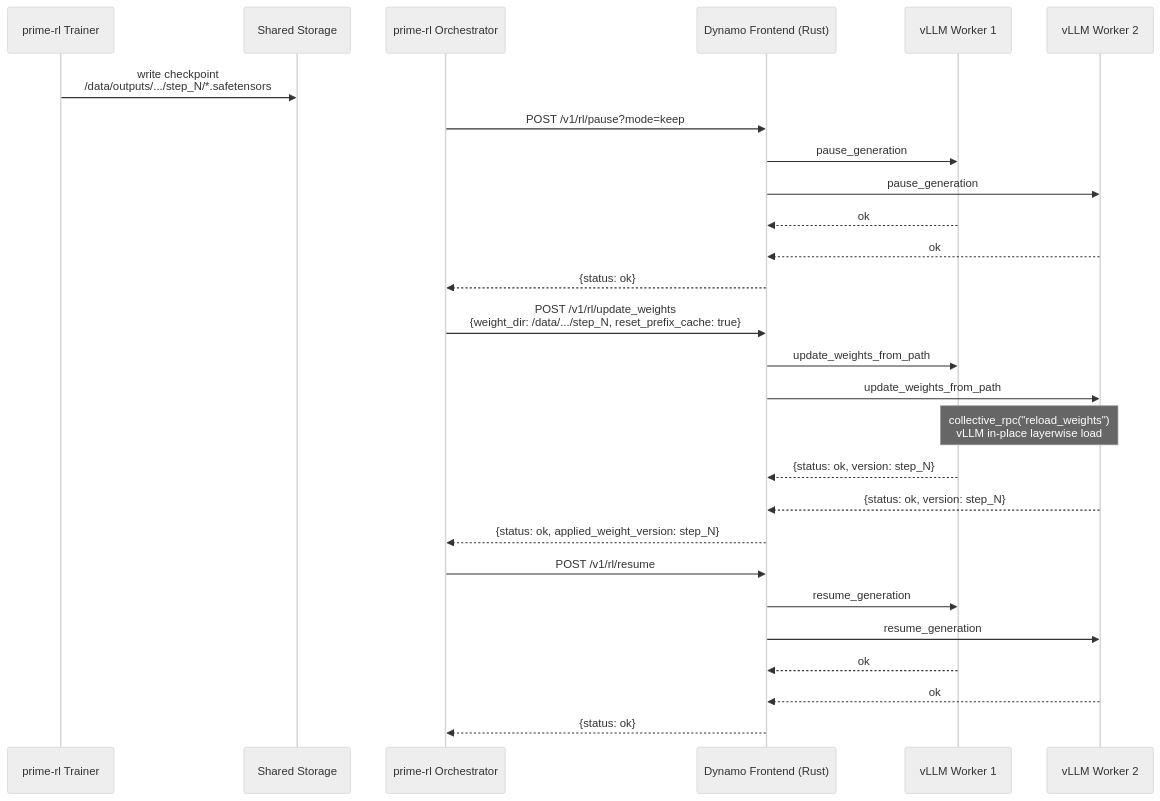
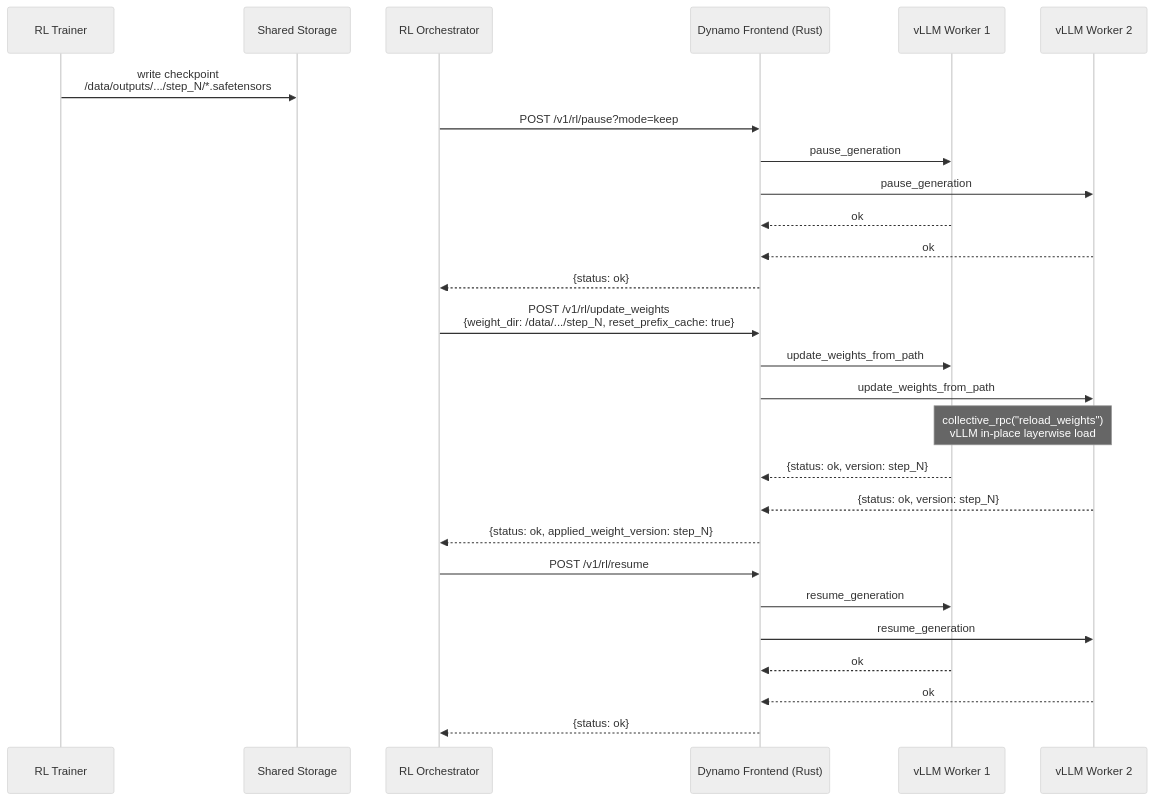
The third of 4 diagrams in docs/dynamo-RL-api.md (ai-dynamo/dynamo), drawn with Mermaid (neutral theme) before and after one commit. The commit also changed other lines of this file and 6 other files, not shown here.

````diff
--- a/docs/dynamo-RL-api.md
+++ b/docs/dynamo-RL-api.md
@@ -426,30 +425,30 @@
 ```mermaid
 sequenceDiagram
-    participant Trainer as prime-rl Trainer
+    participant Trainer as RL Trainer
     participant PVC as Shared Storage
-    participant Orch as prime-rl Orchestrator
+    participant Orch as RL Orchestrator
     participant FE as Dynamo Frontend (Rust)
     participant W1 as vLLM Worker 1
     participant W2 as vLLM Worker 2
 
     Trainer->>PVC: write checkpoint<br/>/data/outputs/.../step_N/*.safetensors
     Orch->>FE: POST /v1/rl/pause?mode=keep
     FE->>W1: pause_generation
     FE->>W2: pause_generation
     W1-->>FE: ok
     W2-->>FE: ok
     FE-->>Orch: {status: ok}
     Orch->>FE: POST /v1/rl/update_weights<br/>{weight_dir: /data/.../step_N, reset_prefix_cache: true}
     FE->>W1: update_weights_from_path
     FE->>W2: update_weights_from_path
     Note over W1,W2: collective_rpc("reload_weights")<br/>vLLM in-place layerwise load
     W1-->>FE: {status: ok, version: step_N}
     W2-->>FE: {status: ok, version: step_N}
     FE-->>Orch: {status: ok, applied_weight_version: step_N}
     Orch->>FE: POST /v1/rl/resume
     FE->>W1: resume_generation
     FE->>W2: resume_generation
     W1-->>FE: ok
     W2-->>FE: ok
     FE-->>Orch: {status: ok}
 ```
````
